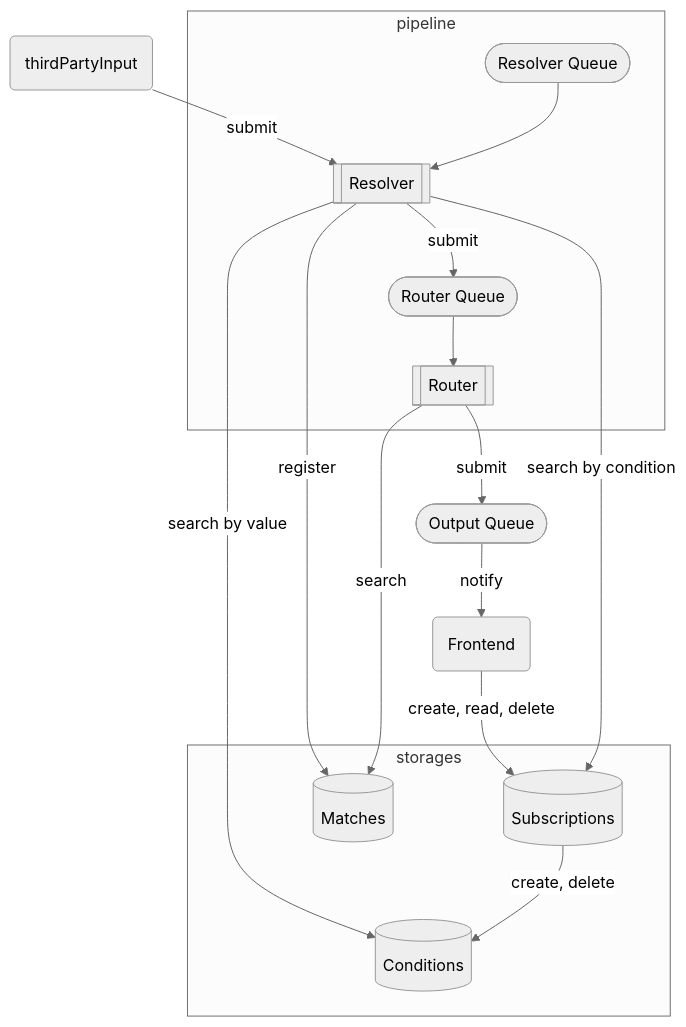
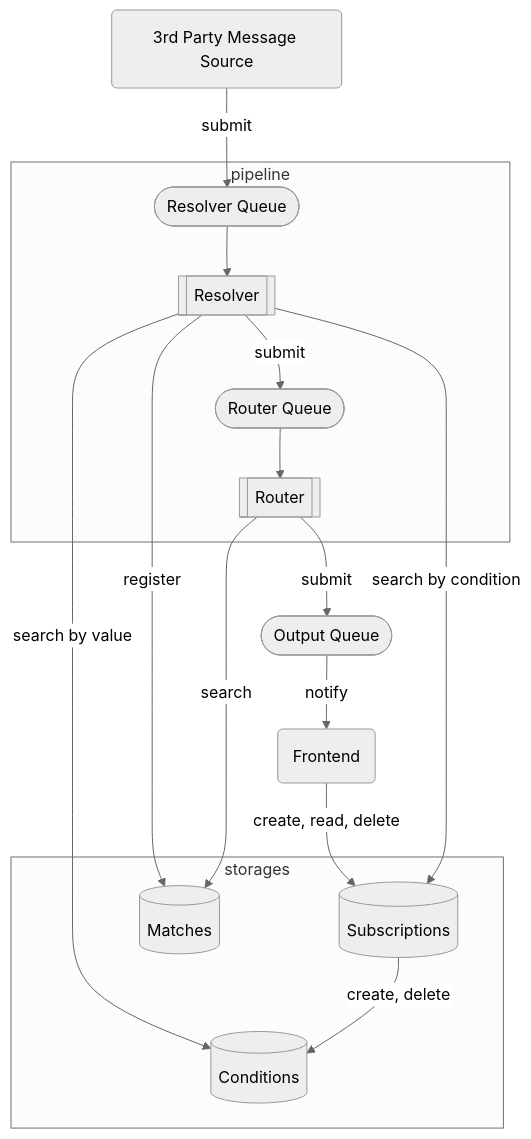
One commit to awakari/.github changed the second of 2 diagrams in profile/README.md. Above: the diagram before and after it, drawn with Mermaid.

````diff
--- a/profile/README.md
+++ b/profile/README.md
@@ -161,25 +161,25 @@
 ```mermaid
 %%{init: {'theme': 'neutral' } }%%
 flowchart TB
     subgraph storages
         conditions[(Conditions)]
         subscriptions[(Subscriptions)]
         matches[(Matches)]
     end
     subgraph pipeline
         resolverQueue([Resolver Queue])
         resolver[[Resolver]]
         routerQueue([Router Queue])
         router[[Router]]
     end
-    thirdPartyInput(thirdPartyInput)
+    thirdPartyInput(3rd Party Message Source)
     outputQueue([Output Queue])
     frontend(Frontend) -->|create, read, delete| subscriptions
-    thirdPartyInput -->|submit| resolver
+    thirdPartyInput -->|submit| resolverQueue
     resolver -->|search by value| conditions
     resolver --> |search by condition| subscriptions
     resolver --> |register| matches
     subscriptions --> |create, delete| conditions
     router --> |search| matches
     resolverQueue --> resolver -->|submit| routerQueue --> router -->|submit| outputQueue -->|notify| frontend
 ```
````
